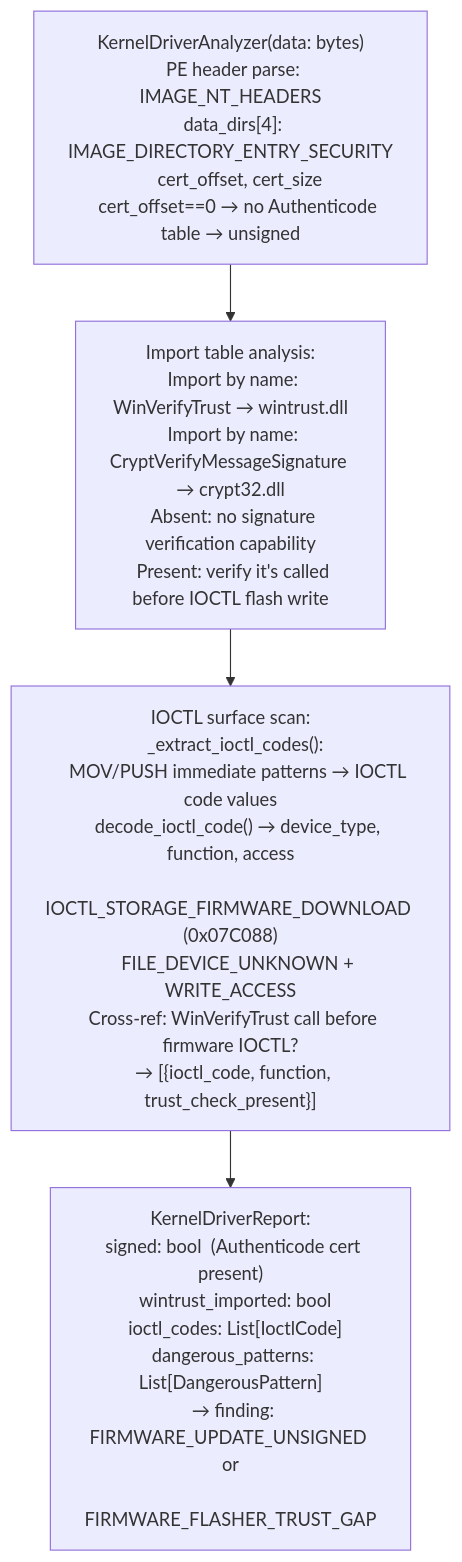
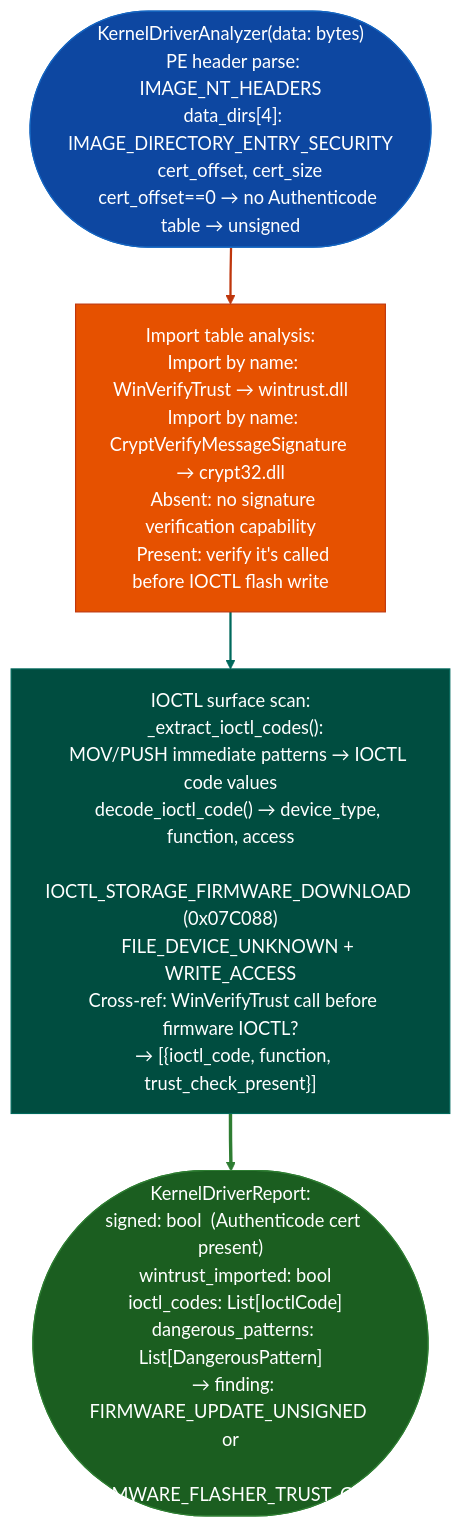
One commit to Ablation-Tool/ablation changed the diagram in docs/reference-modules/firmware-flasher-trust-checks.md. Above: the diagram before and after it, drawn with Mermaid. The commit also changed 320 other files, not shown here.

First line of the commit message:
docs: apply canonical Mermaid template to all 321 diagrams

````diff
--- a/docs/reference-modules/firmware-flasher-trust-checks.md
+++ b/docs/reference-modules/firmware-flasher-trust-checks.md
@@ -19,6 +19,15 @@
 ```mermaid
 flowchart TD
-    A["KernelDriverAnalyzer(data: bytes)\n  PE header parse: IMAGE_NT_HEADERS\n  data_dirs[4]: IMAGE_DIRECTORY_ENTRY_SECURITY\n    cert_offset, cert_size\n    cert_offset==0 → no Authenticode table → unsigned"] --> B["Import table analysis:\n  Import by name: WinVerifyTrust → wintrust.dll\n  Import by name: CryptVerifyMessageSignature → crypt32.dll\n  Absent: no signature verification capability\n  Present: verify it's called before IOCTL flash write"]
-    B --> C["IOCTL surface scan:\n  _extract_ioctl_codes():\n    MOV/PUSH immediate patterns → IOCTL code values\n    decode_ioctl_code() → device_type, function, access\n    IOCTL_STORAGE_FIRMWARE_DOWNLOAD (0x07C088)\n    FILE_DEVICE_UNKNOWN + WRITE_ACCESS\n  Cross-ref: WinVerifyTrust call before firmware IOCTL?\n  → [{ioctl_code, function, trust_check_present}]"]
-    C --> D["KernelDriverReport:\n  signed: bool  (Authenticode cert present)\n  wintrust_imported: bool\n  ioctl_codes: List[IoctlCode]\n  dangerous_patterns: List[DangerousPattern]\n  → finding: FIRMWARE_UPDATE_UNSIGNED or\n    FIRMWARE_FLASHER_TRUST_GAP"]
+    A(["KernelDriverAnalyzer(data: bytes)\n  PE header parse: IMAGE_NT_HEADERS\n  data_dirs[4]: IMAGE_DIRECTORY_ENTRY_SECURITY\n    cert_offset, cert_size\n    cert_offset==0 → no Authenticode table → unsigned"]):::input --> B["Import table analysis:\n  Import by name: WinVerifyTrust → wintrust.dll\n  Import by name: CryptVerifyMessageSignature → crypt32.dll\n  Absent: no signature verification capability\n  Present: verify it's called before IOCTL flash write"]:::primary
+    B:::primary --> C["IOCTL surface scan:\n  _extract_ioctl_codes():\n    MOV/PUSH immediate patterns → IOCTL code values\n    decode_ioctl_code() → device_type, function, access\n    IOCTL_STORAGE_FIRMWARE_DOWNLOAD (0x07C088)\n    FILE_DEVICE_UNKNOWN + WRITE_ACCESS\n  Cross-ref: WinVerifyTrust call before firmware IOCTL?\n  → [{ioctl_code, function, trust_check_present}]"]:::secondary
+    C:::secondary --> D(["KernelDriverReport:\n  signed: bool  (Authenticode cert present)\n  wintrust_imported: bool\n  ioctl_codes: List[IoctlCode]\n  dangerous_patterns: List[DangerousPattern]\n  → finding: FIRMWARE_UPDATE_UNSIGNED or\n    FIRMWARE_FLASHER_TRUST_GAP"]):::output
+    classDef input     fill:#0d47a1,stroke:#1565c0,color:#fff
+    classDef primary   fill:#e65100,stroke:#bf360c,color:#fff
+    classDef secondary fill:#004d40,stroke:#00695c,color:#fff
+    classDef tertiary  fill:#4a148c,stroke:#6a1b9a,color:#fff
+    classDef neutral   fill:#37474f,stroke:#546e7a,color:#fff
+    classDef output    fill:#1b5e20,stroke:#2e7d32,color:#fff
+    linkStyle 0 stroke:#bf360c,stroke-width:2px
+    linkStyle 1 stroke:#00695c,stroke-width:2px
+    linkStyle 2 stroke:#2e7d32,stroke-width:3px
 ```
````
